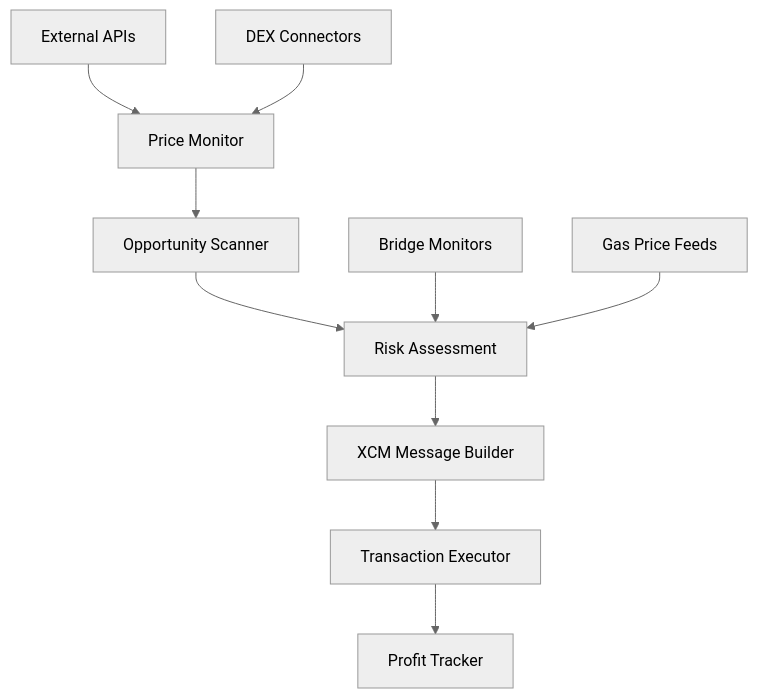
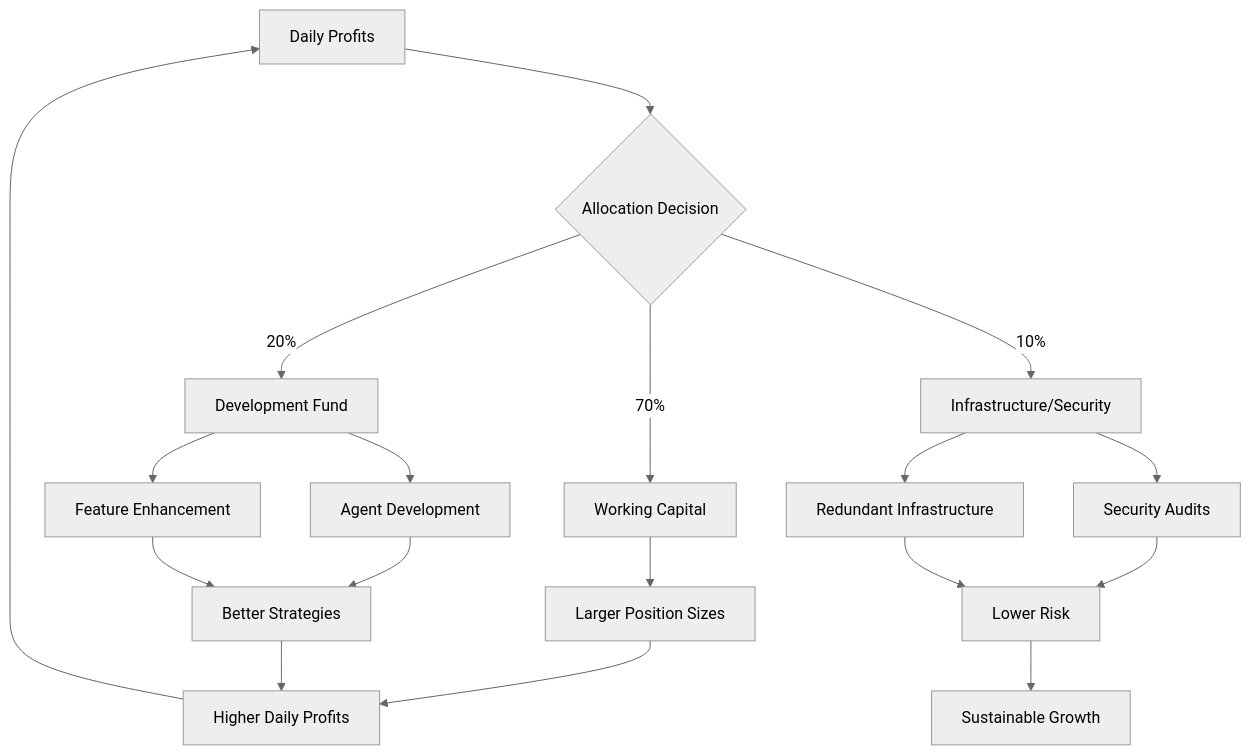
The ninth of 9 diagrams in ideas/polkadot-arbitrage-system.md (michaeloboyle/brainstorm-collaboration), drawn with Mermaid (neutral theme) before and after one commit. The commit also changed other lines of this file, not shown here.

````diff
--- a/ideas/polkadot-arbitrage-system.md
+++ b/ideas/polkadot-arbitrage-system.md
@@ -343,13 +511,23 @@
 ```mermaid
 graph TB
-    A[Price Monitor] --> B[Opportunity Scanner]
-    B --> C[Risk Assessment]
-    C --> D[XCM Message Builder]
-    D --> E[Transaction Executor]
-    E --> F[Profit Tracker]
+    A[Daily Profits] --> B{Allocation Decision}
+    B --> |70%| C[Working Capital]
+    B --> |20%| D[Development Fund]
+    B --> |10%| E[Infrastructure/Security]
 
-    G[External APIs] --> A
-    H[DEX Connectors] --> A
-    I[Bridge Monitors] --> C
-    J[Gas Price Feeds] --> C
+    C --> F[Larger Position Sizes]
+    F --> G[Higher Daily Profits]
+    G --> A
+
+    D --> H[Agent Development]
+    D --> I[Feature Enhancement]
+    H --> J[Better Strategies]
+    I --> J
+    J --> G
+
+    E --> K[Security Audits]
+    E --> L[Redundant Infrastructure]
+    K --> M[Lower Risk]
+    L --> M
+    M --> N[Sustainable Growth]
 ```
````
